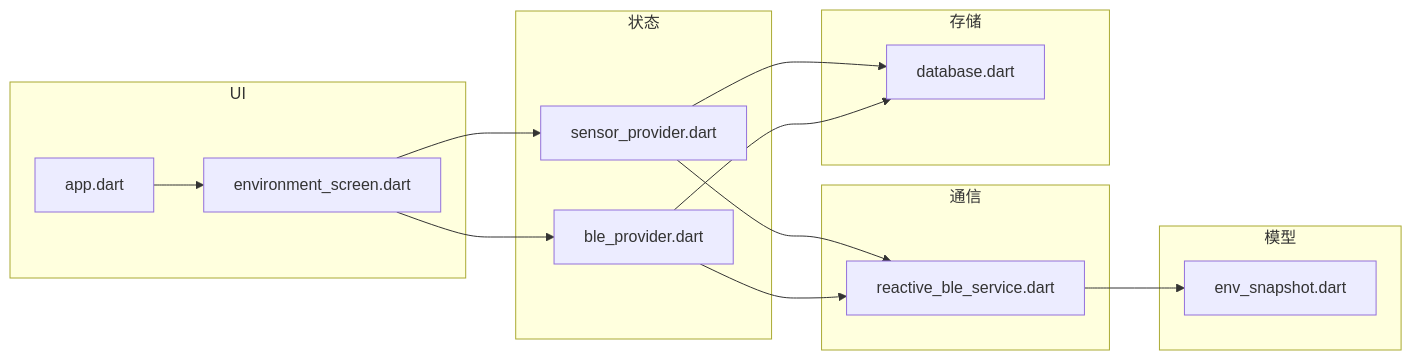
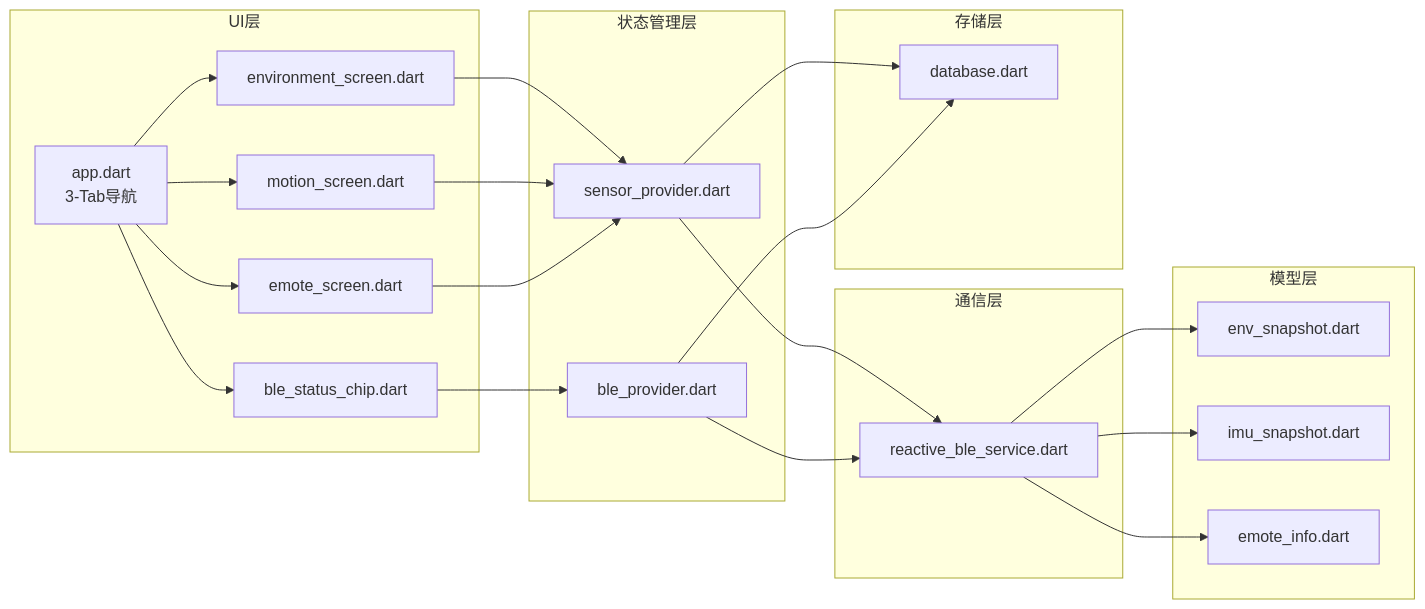
Before and after one commit to hennychen/PathFinder_LCD: the ninth of 9 diagrams in .qoder/repowiki/zh/content/项目概述/Flutter仪表板应用.md, drawn with Mermaid. The commit also changed other lines of this file and 5 other files, not shown here.

````diff
--- a/.qoder/repowiki/zh/content/项目概述/Flutter仪表板应用.md
+++ b/.qoder/repowiki/zh/content/项目概述/Flutter仪表板应用.md
@@ -280,26 +406,35 @@
 ```mermaid
 graph LR
-subgraph "UI"
-A["app.dart"] --> B["environment_screen.dart"]
+subgraph "UI层"
+A["app.dart<br/>3-Tab导航"] --> B["environment_screen.dart"]
+A --> C["motion_screen.dart"]
+A --> D["emote_screen.dart"]
+A --> E["ble_status_chip.dart"]
 end
-subgraph "状态"
-C["sensor_provider.dart"]
-D["ble_provider.dart"]
+subgraph "状态管理层"
+F["sensor_provider.dart"]
+G["ble_provider.dart"]
 end
-subgraph "通信"
-E["reactive_ble_service.dart"]
+subgraph "通信层"
+H["reactive_ble_service.dart"]
 end
-subgraph "模型"
-F["env_snapshot.dart"]
+subgraph "模型层"
+I["env_snapshot.dart"]
+J["imu_snapshot.dart"]
+K["emote_info.dart"]
 end
-subgraph "存储"
-G["database.dart"]
+subgraph "存储层"
+L["database.dart"]
 end
-B --> C
-B --> D
-C --> E
-D --> E
-E --> F
-C --> G
-D --> G
+B --> F
+C --> F
+D --> F
+E --> G
+F --> H
+G --> H
+H --> I
+H --> J
+H --> K
+F --> L
+G --> L
 ```
````
